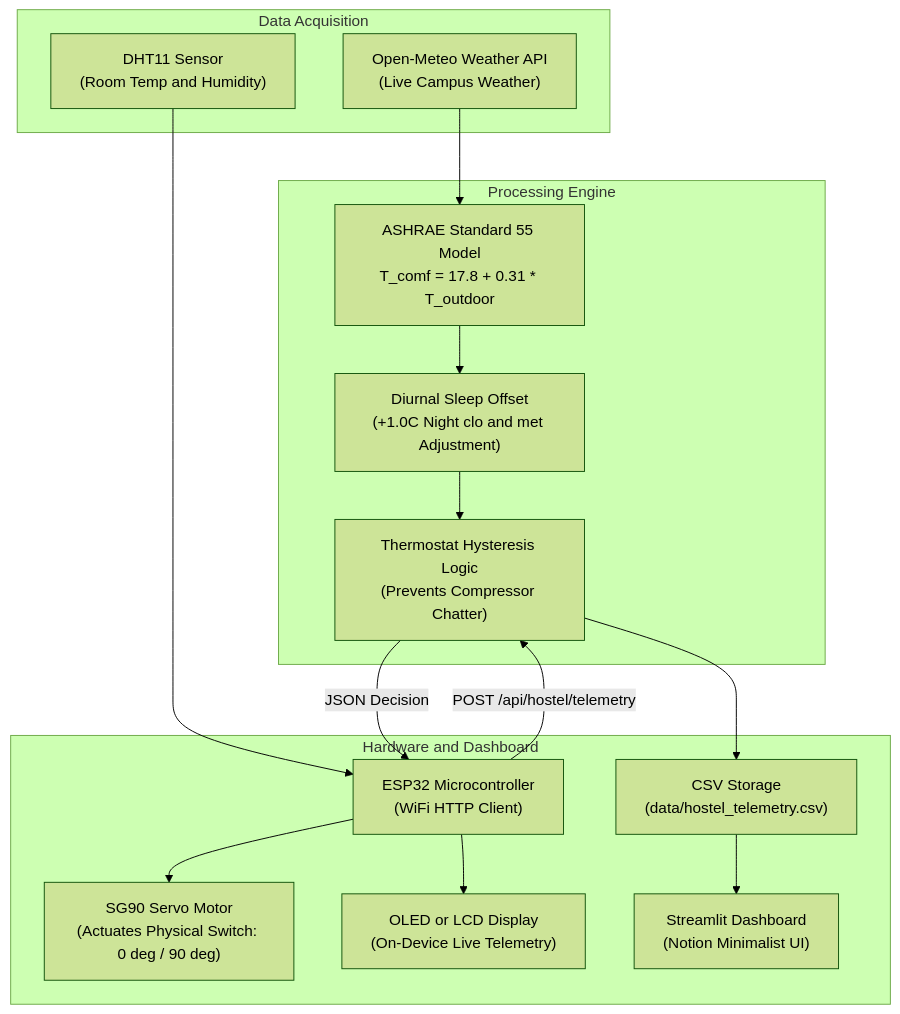
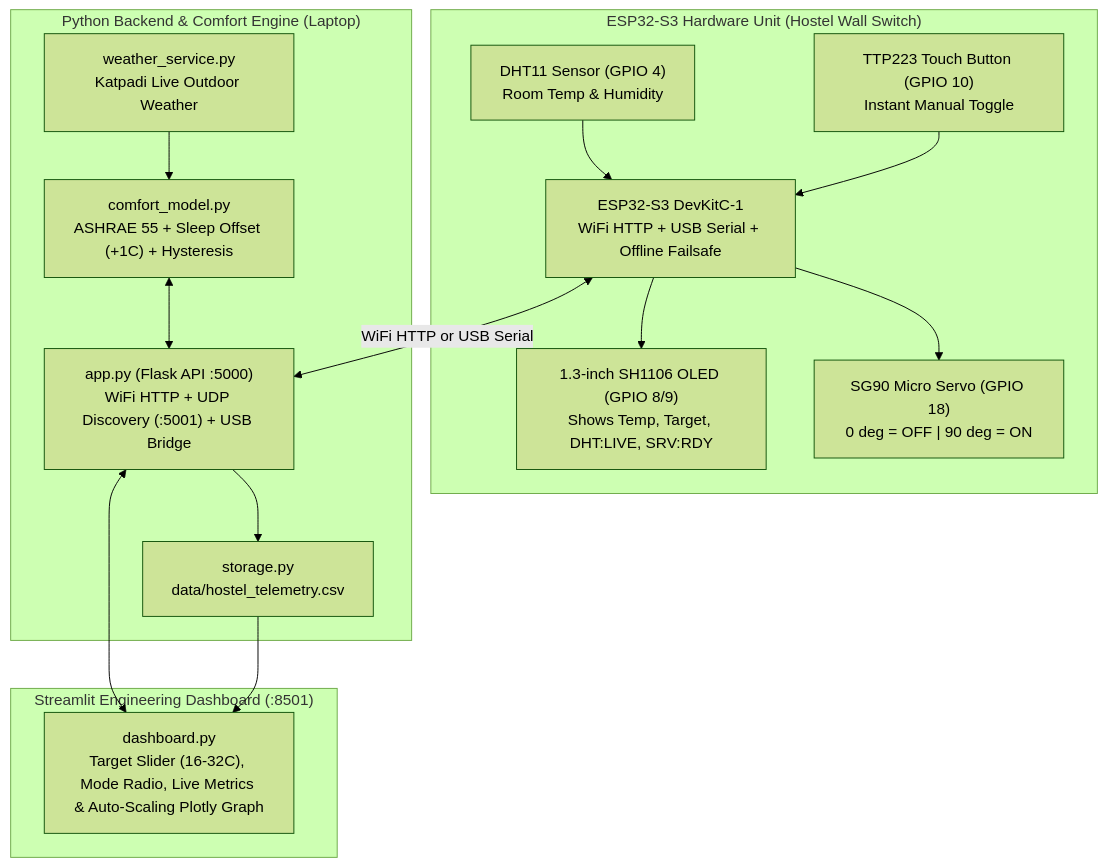
Before and after one commit to tezz-e/adaptivethermalac: the diagram in README.md, drawn with Mermaid (forest theme). The commit also changed other lines of this file and 27 other files, not shown here.

Commit message:
Simplify dashboard to native Streamlit components, add adaptive chart scaling, ESP32-S3 PlatformIO config, and update team walkthrough docs

````diff
--- a/README.md
+++ b/README.md
@@ -61,32 +43,32 @@
 ```mermaid
 flowchart TD
-    subgraph Data Acquisition
-        API["Open-Meteo Weather API<br/>(Live Campus Weather)"]
-        DHT["DHT11 Sensor<br/>(Room Temp and Humidity)"]
+    subgraph Hardware ["ESP32-S3 Hardware Unit (Hostel Wall Switch)"]
+        DHT["DHT11 Sensor (GPIO 4)<br/>Room Temp & Humidity"]
+        TOUCH["TTP223 Touch Button (GPIO 10)<br/>Instant Manual Toggle"]
+        ESP["ESP32-S3 DevKitC-1<br/>WiFi HTTP + USB Serial + Offline Failsafe"]
+        OLED["1.3-inch SH1106 OLED (GPIO 8/9)<br/>Shows Temp, Target, DHT:LIVE, SRV:RDY"]
+        SERVO["SG90 Micro Servo (GPIO 18)<br/>0 deg = OFF | 90 deg = ON"]
     end
 
-    subgraph Processing Engine
-        ASHRAE["ASHRAE Standard 55 Model<br/>T_comf = 17.8 + 0.31 * T_outdoor"]
-        SLEEP["Diurnal Sleep Offset<br/>(+1.0C Night clo and met Adjustment)"]
-        HYST["Thermostat Hysteresis Logic<br/>(Prevents Compressor Chatter)"]
+    subgraph Backend ["Python Backend & Comfort Engine (Laptop)"]
+        WEATHER["weather_service.py<br/>Katpadi Live Outdoor Weather"]
+        MODEL["comfort_model.py<br/>ASHRAE 55 + Sleep Offset (+1C) + Hysteresis"]
+        FLASK["app.py (Flask API :5000)<br/>WiFi HTTP + UDP Discovery (:5001) + USB Bridge"]
+        CSV["storage.py<br/>data/hostel_telemetry.csv"]
     end
 
-    subgraph Hardware and Dashboard
-        ESP["ESP32 Microcontroller<br/>(WiFi HTTP Client)"]
-        SERVO["SG90 Servo Motor<br/>(Actuates Physical Switch: 0 deg / 90 deg)"]
-        OLED["OLED or LCD Display<br/>(On-Device Live Telemetry)"]
-        DASH["Streamlit Dashboard<br/>(Notion Minimalist UI)"]
-        CSV["CSV Storage<br/>(data/hostel_telemetry.csv)"]
+    subgraph UI ["Streamlit Engineering Dashboard (:8501)"]
+        DASH["dashboard.py<br/>Target Slider (16-32C), Mode Radio, Live Metrics & Auto-Scaling Plotly Graph"]
     end
 
-    API --> ASHRAE
-    ASHRAE --> SLEEP
-    SLEEP --> HYST
     DHT --> ESP
-    ESP -->|POST /api/hostel/telemetry| HYST
-    HYST -->|JSON Decision| ESP
+    TOUCH --> ESP
+    ESP <-->|WiFi HTTP or USB Serial| FLASK
+    WEATHER --> MODEL
+    MODEL <--> FLASK
+    FLASK --> CSV
+    FLASK <--> DASH
+    CSV --> DASH
+    ESP --> OLED
     ESP --> SERVO
-    ESP --> OLED
-    HYST --> CSV
-    CSV --> DASH
 ```
````
